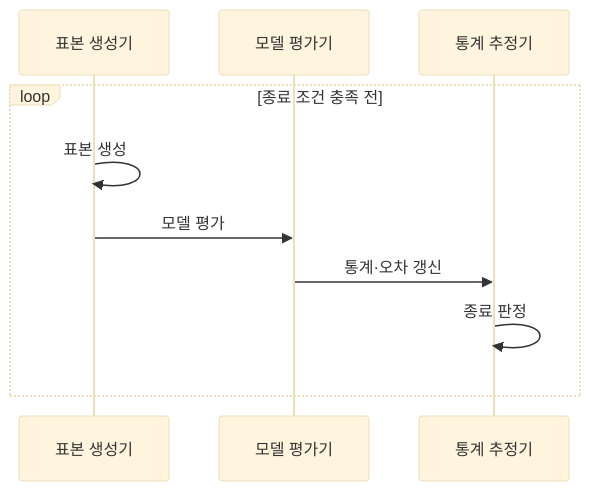
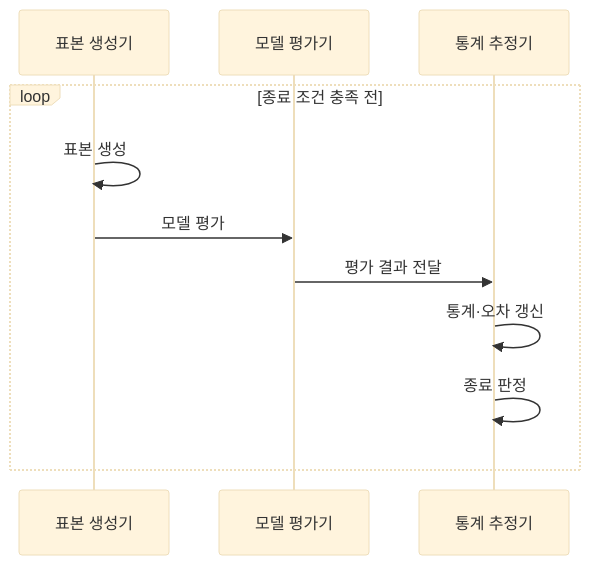
Before and after one commit to agnusdei1207/knowledge-base: the third of 3 diagrams in src/content/docs/notes/01-basic-theory/017_monte_carlo.md, drawn with Mermaid (base theme). The commit also changed other lines of this file and 27 other files, not shown here.

````diff
--- a/src/content/docs/notes/01-basic-theory/017_monte_carlo.md
+++ b/src/content/docs/notes/01-basic-theory/017_monte_carlo.md
@@ -97,12 +97,13 @@
 ```mermaid
 sequenceDiagram
     participant G as 표본 생성기
     participant M as 모델 평가기
     participant E as 통계 추정기
     loop 종료 조건 충족 전
         G->>G: 표본 생성
         G->>M: 모델 평가
-        M->>E: 통계·오차 갱신
+        M->>E: 평가 결과 전달
+        E->>E: 통계·오차 갱신
         E->>E: 종료 판정
     end
 ```
````
